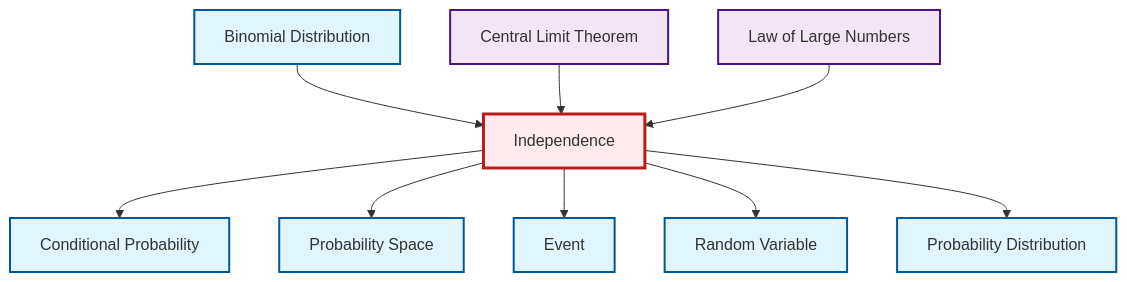
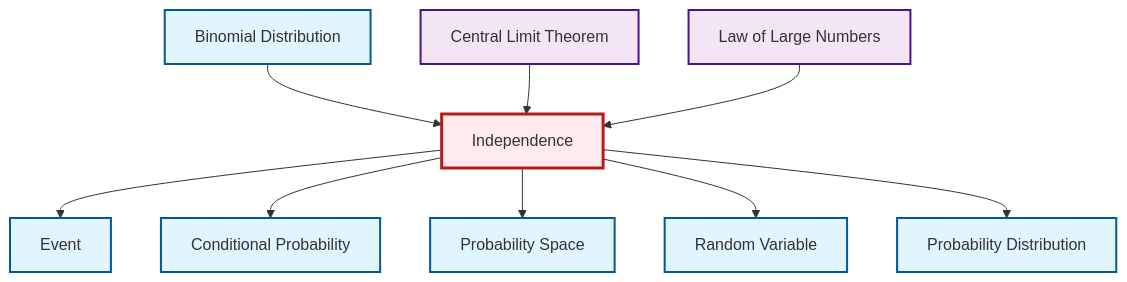
Before and after one commit to RK0429/ModernMath: the diagram in output/mermaid/en/def-independence.mermaid, drawn with Mermaid. The commit also changed other lines of this file and 1707 other files, not shown here.

```diff
--- a/output/mermaid/en/def-independence.mermaid
+++ b/output/mermaid/en/def-independence.mermaid
@@ -1,24 +1,24 @@
 graph TD
     classDef definition fill:#e1f5fe,stroke:#01579b,stroke-width:2px
     classDef theorem fill:#f3e5f5,stroke:#4a148c,stroke-width:2px
     classDef axiom fill:#fff3e0,stroke:#e65100,stroke-width:2px
     classDef example fill:#e8f5e9,stroke:#1b5e20,stroke-width:2px
     classDef current fill:#ffebee,stroke:#b71c1c,stroke-width:3px
-    thm-central-limit["Central Limit Theorem"]:::theorem
+    def-independence["Independence"]:::definition
+    def-binomial-distribution["Binomial Distribution"]:::definition
+    def-event["Event"]:::definition
+    thm-law-of-large-numbers["Law of Large Numbers"]:::theorem
     def-probability-distribution["Probability Distribution"]:::definition
+    def-probability-space["Probability Space"]:::definition
     def-random-variable["Random Variable"]:::definition
     def-conditional-probability["Conditional Probability"]:::definition
-    def-binomial-distribution["Binomial Distribution"]:::definition
-    thm-law-of-large-numbers["Law of Large Numbers"]:::theorem
-    def-independence["Independence"]:::definition
-    def-probability-space["Probability Space"]:::definition
-    def-event["Event"]:::definition
-    def-binomial-distribution --> def-independence
+    thm-central-limit["Central Limit Theorem"]:::theorem
+    def-independence --> def-event
     def-independence --> def-conditional-probability
-    thm-central-limit --> def-independence
     def-independence --> def-probability-space
-    def-independence --> def-event
     def-independence --> def-random-variable
     def-independence --> def-probability-distribution
+    def-binomial-distribution --> def-independence
+    thm-central-limit --> def-independence
     thm-law-of-large-numbers --> def-independence
     class def-independence current
```
